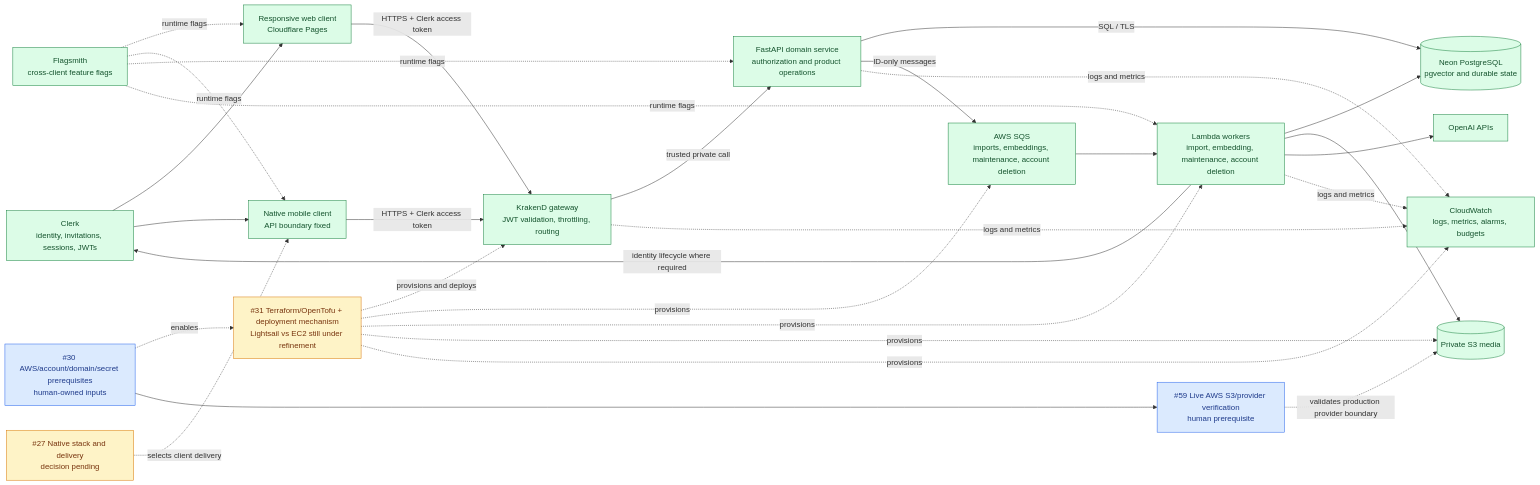
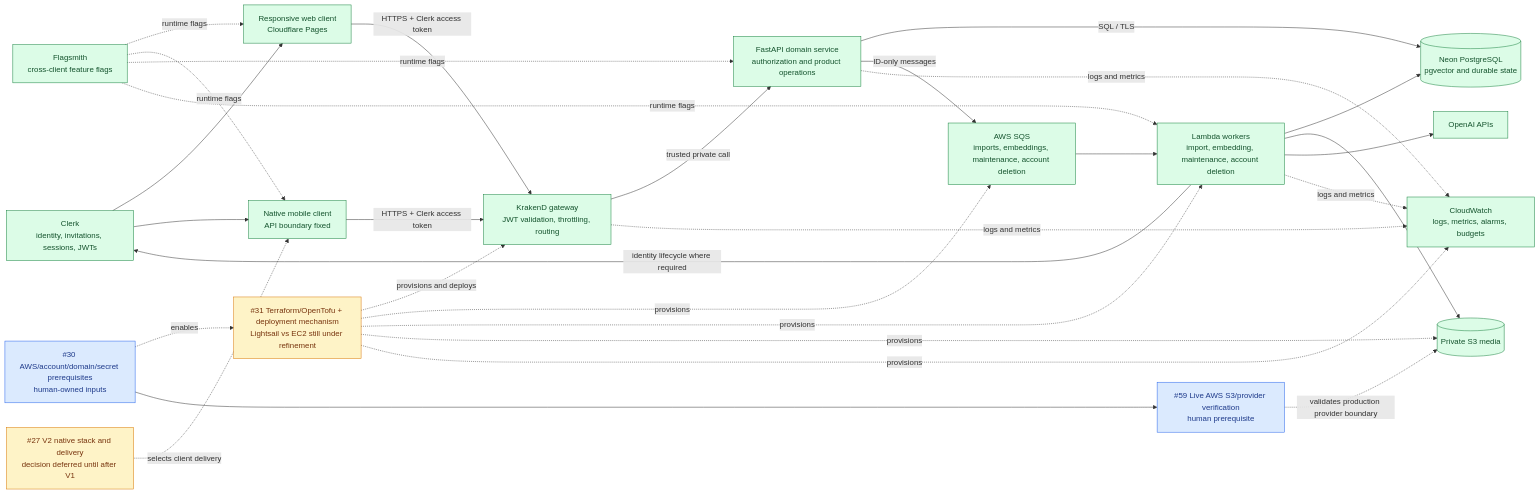
One commit to starkovalera/recipe-manager changed the second of 2 diagrams in docs/architecture/production-architecture.md. Above: the diagram before and after it, drawn with Mermaid. The commit also changed other lines of this file and 18 other files, not shown here.

````diff
--- a/docs/architecture/production-architecture.md
+++ b/docs/architecture/production-architecture.md
@@ -225,58 +230,58 @@
 ```mermaid
 flowchart LR
     clerk["Clerk<br/>identity, invitations, sessions, JWTs"]
     flags["Flagsmith<br/>cross-client feature flags"]
     web["Responsive web client<br/>Cloudflare Pages"]
     mobile["Native mobile client<br/>API boundary fixed"]
     gateway["KrakenD gateway<br/>JWT validation, throttling, routing"]
     api["FastAPI domain service<br/>authorization and product operations"]
     database[("Neon PostgreSQL<br/>pgvector and durable state")]
     queues["AWS SQS<br/>imports, embeddings, maintenance, account deletion"]
     lambdas["Lambda workers<br/>import, embedding, maintenance, account deletion"]
     storage[("Private S3 media")]
     openai["OpenAI APIs"]
     observability["CloudWatch<br/>logs, metrics, alarms, budgets"]
 
     web -->|HTTPS + Clerk access token| gateway
     mobile -->|HTTPS + Clerk access token| gateway
     clerk --> web
     clerk --> mobile
     gateway -->|trusted private call| api
     api -->|SQL / TLS| database
     api -->|ID-only messages| queues
     queues --> lambdas
     lambdas --> database
     lambdas --> storage
     lambdas --> openai
     lambdas -->|identity lifecycle where required| clerk
     flags -. runtime flags .-> web
     flags -. runtime flags .-> mobile
     flags -. runtime flags .-> api
     flags -. runtime flags .-> lambdas
     gateway -. logs and metrics .-> observability
     api -. logs and metrics .-> observability
     lambdas -. logs and metrics .-> observability
 
-    mobileDecision["#27 Native stack and delivery<br/>decision pending"]
+    mobileDecision["#27 V2 native stack and delivery<br/>decision deferred until after V1"]
     infraDecision["#31 Terraform/OpenTofu + deployment mechanism<br/>Lightsail vs EC2 still under refinement"]
     ownerInputs["#30 AWS/account/domain/secret prerequisites<br/>human-owned inputs"]
     liveAws["#59 Live AWS S3/provider verification<br/>human prerequisite"]
 
     mobileDecision -. selects client delivery .-> mobile
     infraDecision -. provisions and deploys .-> gateway
     infraDecision -. provisions .-> queues
     infraDecision -. provisions .-> lambdas
     infraDecision -. provisions .-> storage
     infraDecision -. provisions .-> observability
     ownerInputs -. enables .-> infraDecision
     ownerInputs --> liveAws
     liveAws -. validates production provider boundary .-> storage
 
     classDef stable fill:#dcfce7,stroke:#15803d,color:#14532d
     classDef open fill:#fef3c7,stroke:#d97706,color:#78350f
     classDef external fill:#dbeafe,stroke:#2563eb,color:#1e3a8a
 
     class clerk,flags,web,mobile,gateway,api,database,queues,lambdas,storage,openai,observability stable
     class mobileDecision,infraDecision open
     class ownerInputs,liveAws external
 ```
````
